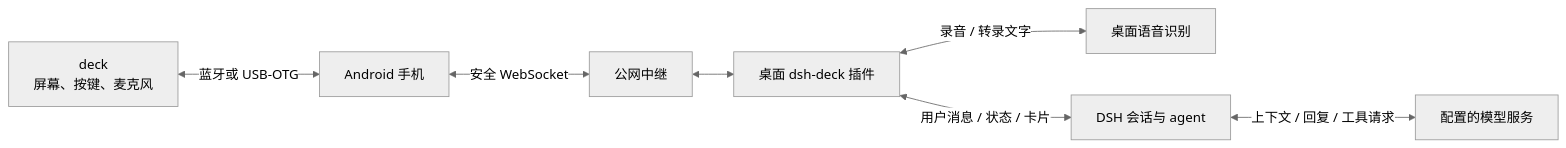
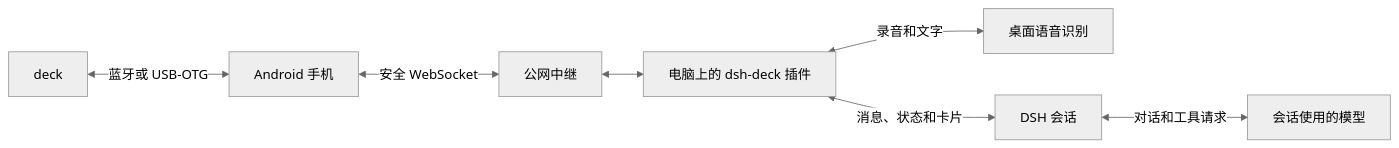
The diagram in docs/deck-and-dsh.md (Ivanbeethoven/walktolk), drawn with Mermaid (neutral theme) before and after one commit. The commit also changed other lines of this file and 1 other file, not shown here.

Commit message:
Credit the RustChinaConf gift and show both sides of the DSH conversation

````diff
--- a/docs/deck-and-dsh.md
+++ b/docs/deck-and-dsh.md
@@ -21,9 +25,9 @@
 ```mermaid
 flowchart LR
-    deck["deck<br/>屏幕、按键、麦克风"] <-->|"蓝牙或 USB-OTG"| phone["Android 手机"]
+    deck["deck"] <-->|"蓝牙或 USB-OTG"| phone["Android 手机"]
     phone <-->|"安全 WebSocket"| relay["公网中继"]
-    relay <--> plugin["桌面 dsh-deck 插件"]
-    plugin <-->|"录音 / 转录文字"| speech["桌面语音识别"]
-    plugin <-->|"用户消息 / 状态 / 卡片"| dsh["DSH 会话与 agent"]
-    dsh <-->|"上下文 / 回复 / 工具请求"| model["配置的模型服务"]
+    relay <--> plugin["电脑上的 dsh-deck 插件"]
+    plugin <-->|"录音和文字"| speech["桌面语音识别"]
+    plugin <-->|"消息、状态和卡片"| dsh["DSH 会话"]
+    dsh <-->|"对话和工具请求"| model["会话使用的模型"]
 ```
````
